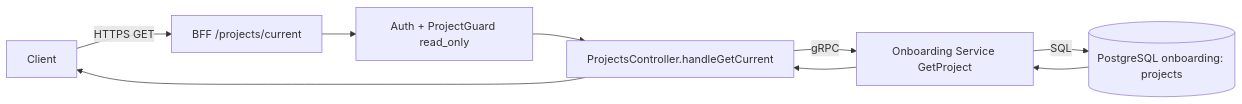
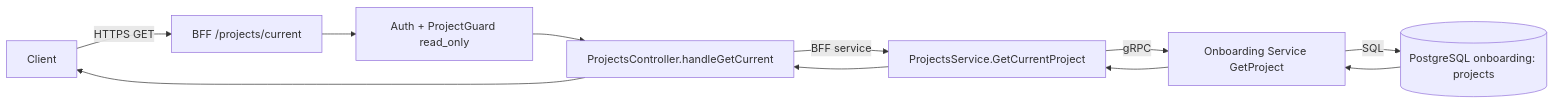
The second of 21 diagrams in .specify/memory/bff-flows.md (ralvescosta/costa-financial-assistant), drawn with Mermaid before and after one commit. The commit also changed other lines of this file and 42 other files, not shown here.

````diff
--- a/.specify/memory/bff-flows.md
+++ b/.specify/memory/bff-flows.md
@@ -39,11 +39,13 @@
 ```mermaid
 flowchart LR
     C[Client] -->|HTTPS GET| BFF[BFF /projects/current]
     BFF --> AUTH[Auth + ProjectGuard read_only]
     AUTH --> PC[ProjectsController.handleGetCurrent]
-    PC -->|gRPC| ONB[Onboarding Service GetProject]
+    PC -->|BFF service| SVC[ProjectsService.GetCurrentProject]
+    SVC -->|gRPC| ONB[Onboarding Service GetProject]
     ONB -->|SQL| ONBDB[(PostgreSQL onboarding: projects)]
     ONBDB --> ONB
-    ONB --> PC
+    ONB --> SVC
+    SVC --> PC
     PC --> C
 ```
````
